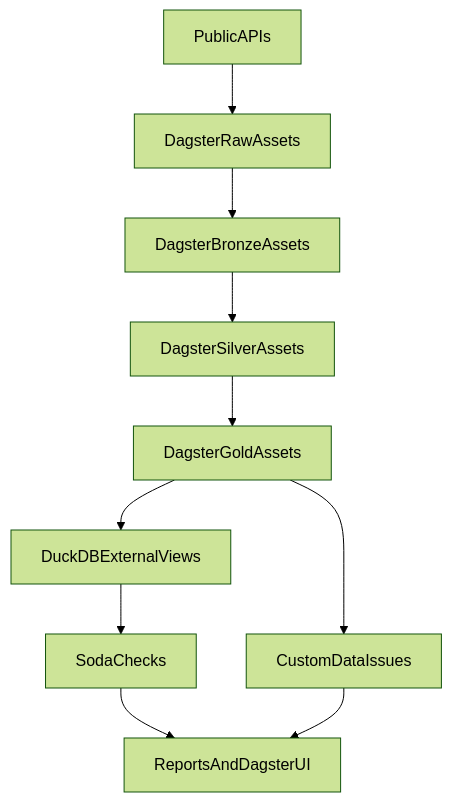
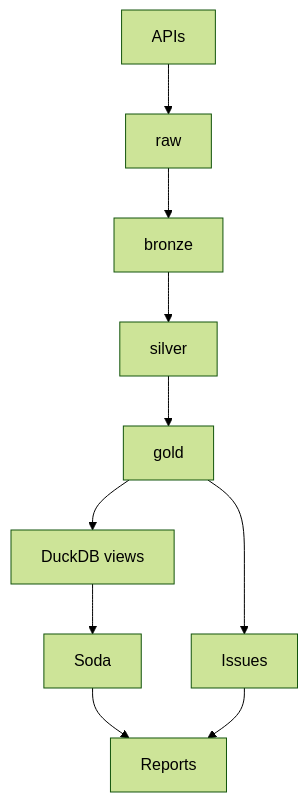
The diagram in docs/architecture.md (TristanAgaesse/crypto-belief-narrative-pipeline), drawn with Mermaid (forest theme) before and after one commit. The commit also changed other lines of this file and 8 other files, not shown here.

````diff
--- a/docs/architecture.md
+++ b/docs/architecture.md
@@ -86,12 +45,10 @@
 ```mermaid
 flowchart TD
-  publicApis[PublicAPIs] --> rawAssets[DagsterRawAssets]
-  rawAssets --> bronzeAssets[DagsterBronzeAssets]
-  bronzeAssets --> silverAssets[DagsterSilverAssets]
-  silverAssets --> goldAssets[DagsterGoldAssets]
-  goldAssets --> dq[DuckDBExternalViews]
-  dq --> soda[SodaChecks]
-  goldAssets --> issues[CustomDataIssues]
-  soda --> reports[ReportsAndDagsterUI]
+  APIs --> raw
+  raw --> bronze --> silver --> gold
+  gold --> duck[DuckDB views]
+  duck --> soda[Soda]
+  gold --> issues[Issues]
+  soda --> reports[Reports]
   issues --> reports
 ```
````
